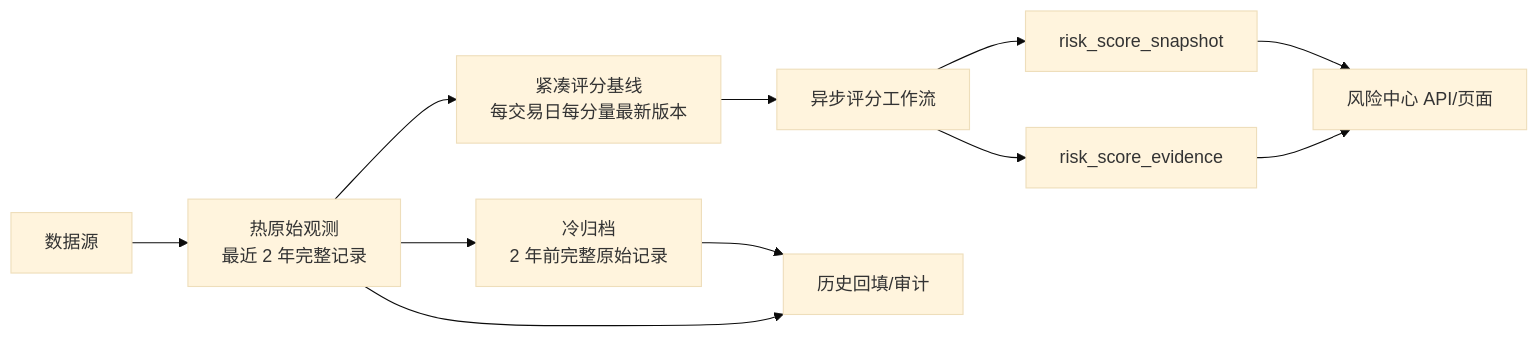
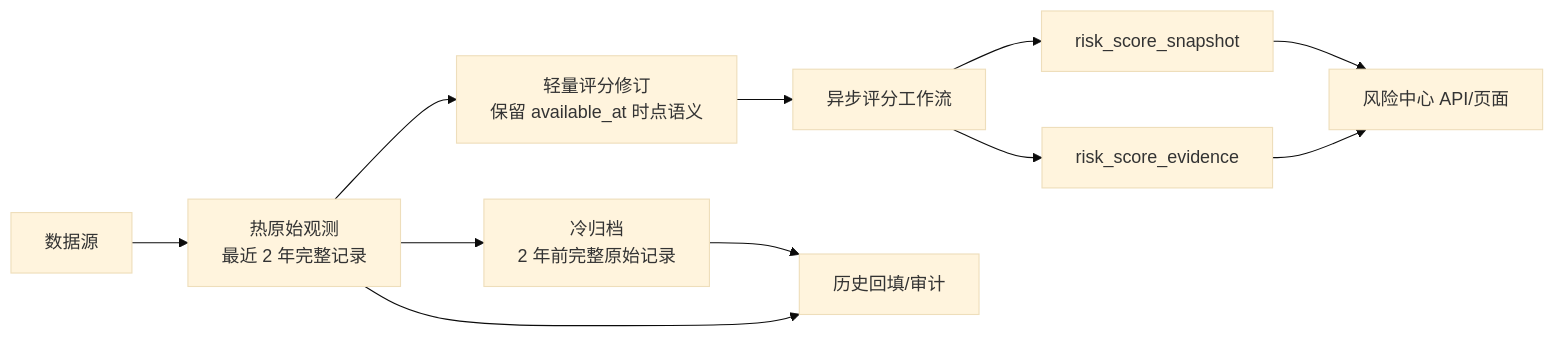
One commit to kubanzz/stock-ai-rule-system changed the diagram in docs/superpowers/specs/2026-08-23-risk-center-read-model-storage-tiering-design.md. Above: the diagram before and after it, drawn with Mermaid (base theme). The commit also changed other lines of this file and 16 other files, not shown here.

````diff
--- a/docs/superpowers/specs/2026-08-23-risk-center-read-model-storage-tiering-design.md
+++ b/docs/superpowers/specs/2026-08-23-risk-center-read-model-storage-tiering-design.md
@@ -21,13 +21,13 @@
 ```mermaid
 flowchart LR
   SRC["数据源"] --> RAW["热原始观测<br/>最近 2 年完整记录"]
-  RAW --> BASE["紧凑评分基线<br/>每交易日每分量最新版本"]
+  RAW --> BASE["轻量评分修订<br/>保留 available_at 时点语义"]
   RAW --> COLD["冷归档<br/>2 年前完整原始记录"]
   BASE --> ENGINE["异步评分工作流"]
   COLD --> BACKFILL["历史回填/审计"]
   RAW --> BACKFILL
   ENGINE --> SNAP["risk_score_snapshot"]
   ENGINE --> EVID["risk_score_evidence"]
   SNAP --> PAGE["风险中心 API/页面"]
   EVID --> PAGE
 ```
````
